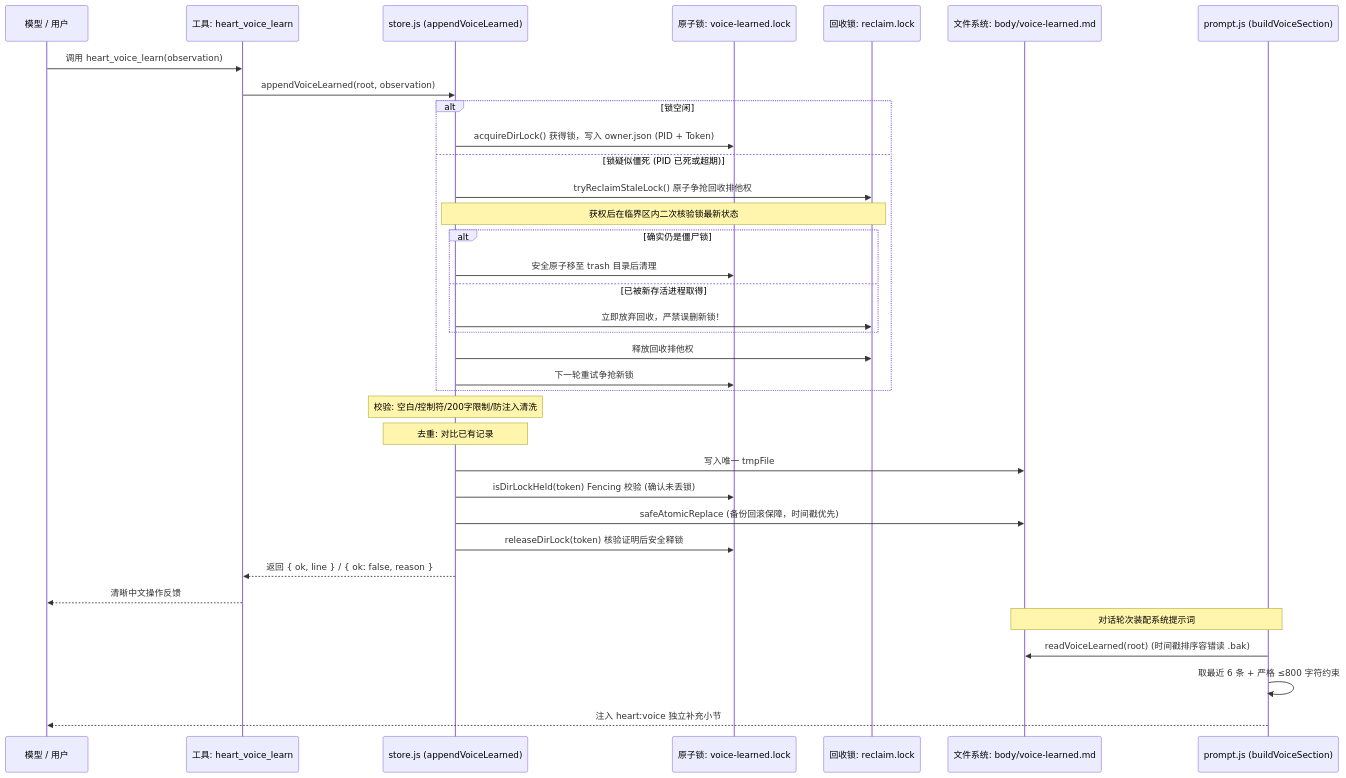
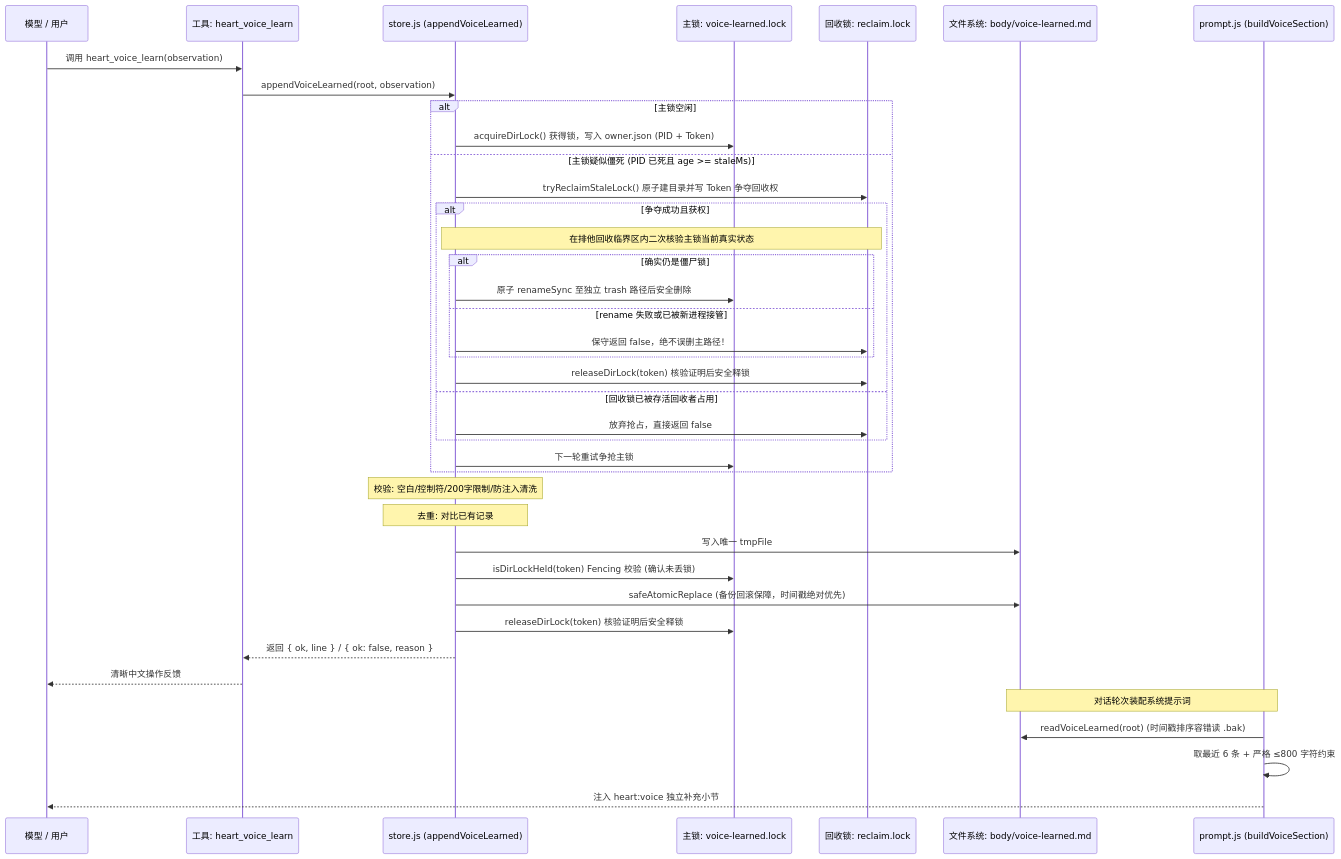
Before and after one commit to kirigayakazima/dsh-heart: the diagram in docs/step1-voice-evolution-review.md, drawn with Mermaid. The commit also changed other lines of this file and 2 other files, not shown here.

Commit message:
fix(voice): 闭环回收锁所有权生命周期、消除重命名失败误删风险并补充多进程真实竞态测试

````diff
--- a/docs/step1-voice-evolution-review.md
+++ b/docs/step1-voice-evolution-review.md
@@ -36,40 +38,44 @@
 ```mermaid
 sequenceDiagram
     participant Agent as 模型 / 用户
     participant Tool as 工具: heart_voice_learn
     participant Store as store.js (appendVoiceLearned)
-    participant Lock as 原子锁: voice-learned.lock
+    participant Lock as 主锁: voice-learned.lock
     participant RecLock as 回收锁: reclaim.lock
     participant FS as 文件系统: body/voice-learned.md
     participant Prompt as prompt.js (buildVoiceSection)
 
     Agent->>Tool: 调用 heart_voice_learn(observation)
     Tool->>Store: appendVoiceLearned(root, observation)
-    alt 锁空闲
+    alt 主锁空闲
         Store->>Lock: acquireDirLock() 获得锁，写入 owner.json (PID + Token)
-    else 锁疑似僵死 (PID 已死或超期)
-        Store->>RecLock: tryReclaimStaleLock() 原子争抢回收排他权
-        Note over Store,RecLock: 获权后在临界区内二次核验锁最新状态
-        alt 确实仍是僵尸锁
-            Store->>Lock: 安全原子移至 trash 目录后清理
-        else 已被新存活进程取得
-            Store->>RecLock: 立即放弃回收，严禁误删新锁！
+    else 主锁疑似僵死 (PID 已死且 age >= staleMs)
+        Store->>RecLock: tryReclaimStaleLock() 原子建目录并写 Token 争夺回收权
+        alt 争夺成功且获权
+            Note over Store,RecLock: 在排他回收临界区内二次核验主锁当前真实状态
+            alt 确实仍是僵尸锁
+                Store->>Lock: 原子 renameSync 至独立 trash 路径后安全删除
+            else rename 失败或已被新进程接管
+                Store->>RecLock: 保守返回 false，绝不误删主路径！
+            end
+            Store->>RecLock: releaseDirLock(token) 核验证明后安全释锁
+        else 回收锁已被存活回收者占用
+            Store->>RecLock: 放弃抢占，直接返回 false
         end
-        Store->>RecLock: 释放回收排他权
-        Store->>Lock: 下一轮重试争抢新锁
+        Store->>Lock: 下一轮重试争抢主锁
     end
 
     Note over Store: 校验: 空白/控制符/200字限制/防注入清洗
     Note over Store: 去重: 对比已有记录
     Store->>FS: 写入唯一 tmpFile
     Store->>Lock: isDirLockHeld(token) Fencing 校验 (确认未丢锁)
-    Store->>FS: safeAtomicReplace (备份回滚保障，时间戳优先)
+    Store->>FS: safeAtomicReplace (备份回滚保障，时间戳绝对优先)
     Store->>Lock: releaseDirLock(token) 核验证明后安全释锁
     Store-->>Tool: 返回 { ok, line } / { ok: false, reason }
     Tool-->>Agent: 清晰中文操作反馈
 
     Note over Prompt,FS: 对话轮次装配系统提示词
     Prompt->>FS: readVoiceLearned(root) (时间戳排序容错读 .bak)
     Prompt->>Prompt: 取最近 6 条 + 严格 ≤800 字符约束
     Prompt-->>Agent: 注入 heart:voice 独立补充小节
 ```
````
